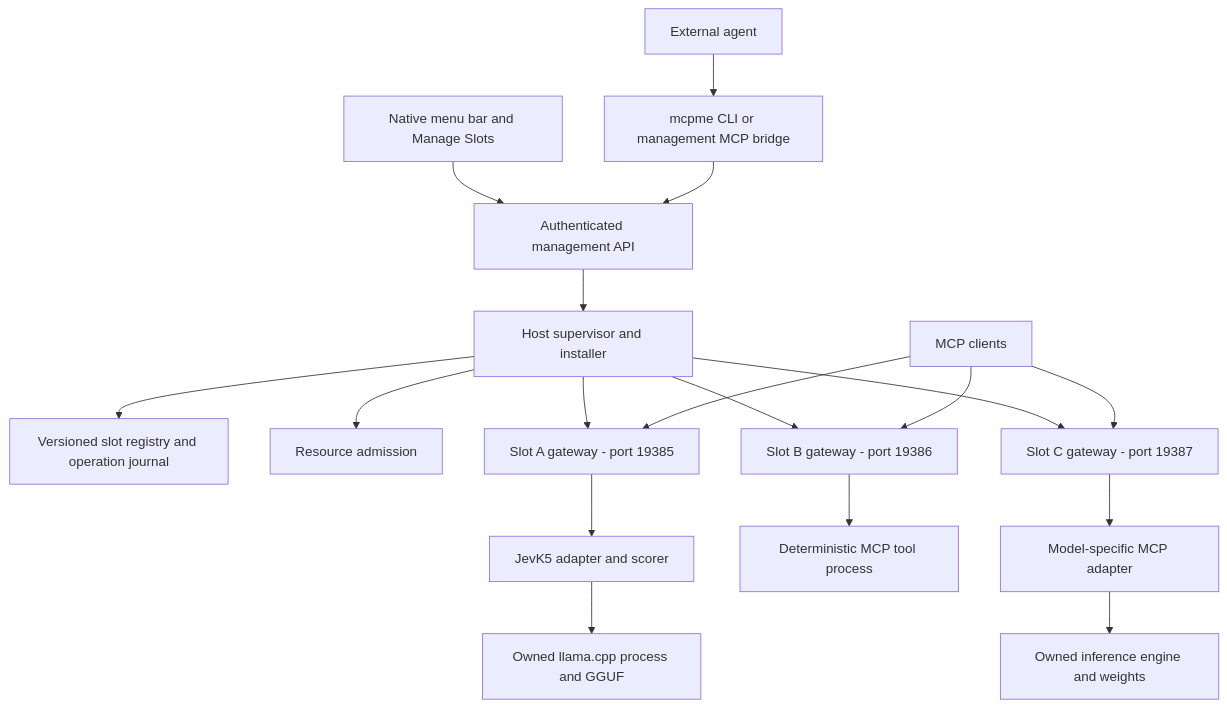
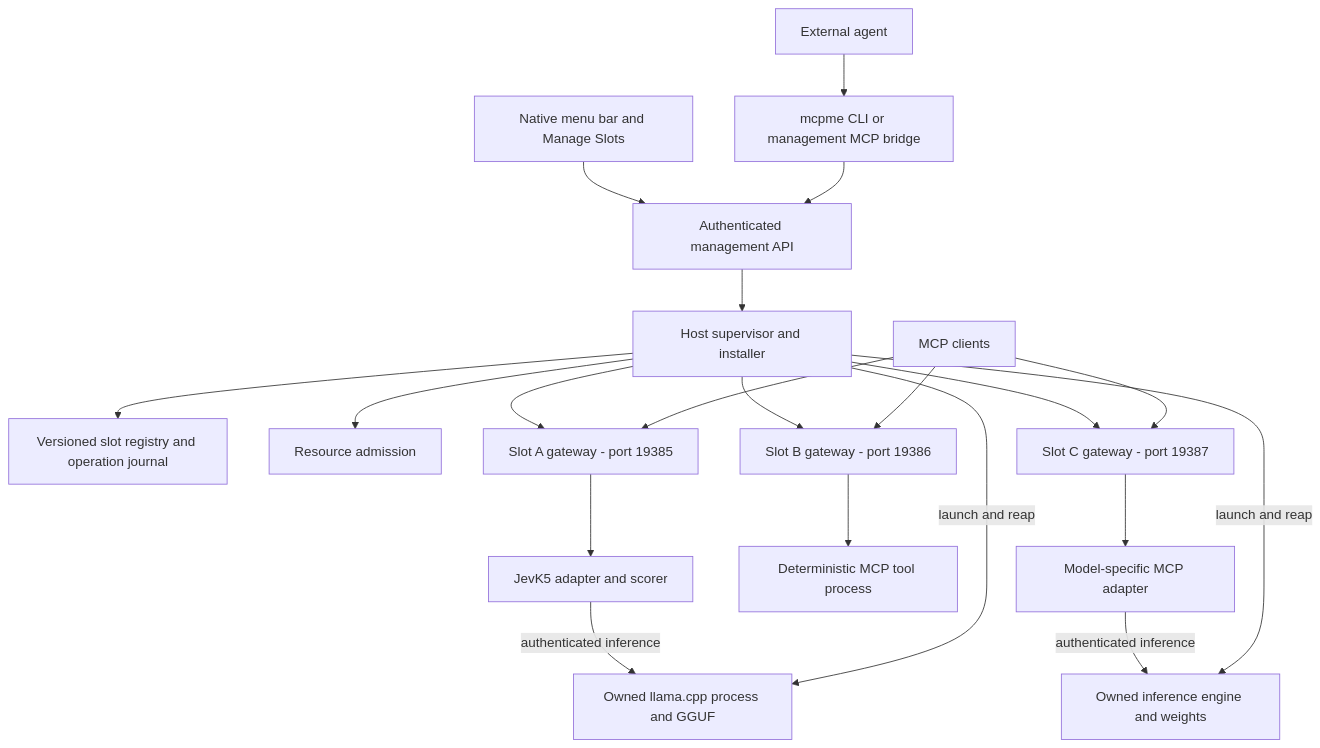
One commit to jshahbazi/meecp changed the first of 2 diagrams in docs/MCPME_DESIGN.md. Above: the diagram before and after it, drawn with Mermaid. The commit also changed other lines of this file, not shown here.

````diff
--- a/docs/MCPME_DESIGN.md
+++ b/docs/MCPME_DESIGN.md
@@ -53,20 +53,22 @@
 ```mermaid
 flowchart TB
     UI[Native menu bar and Manage Slots] --> Control[Authenticated management API]
     Agent[External agent] --> CLI[mcpme CLI or management MCP bridge]
     CLI --> Control
     Control --> Supervisor[Host supervisor and installer]
     Supervisor --> Registry[Versioned slot registry and operation journal]
     Supervisor --> Budget[Resource admission]
     Supervisor --> G1[Slot A gateway - port 19385]
     Supervisor --> G2[Slot B gateway - port 19386]
     Supervisor --> G3[Slot C gateway - port 19387]
     Clients[MCP clients] --> G1
     Clients --> G2
     Clients --> G3
     G1 --> Jev[JevK5 adapter and scorer]
-    Jev --> Llama[Owned llama.cpp process and GGUF]
+    Jev -->|authenticated inference| Llama[Owned llama.cpp process and GGUF]
+    Supervisor -->|launch and reap| Llama
     G2 --> Code[Deterministic MCP tool process]
     G3 --> Adapter[Model-specific MCP adapter]
-    Adapter --> Engine[Owned inference engine and weights]
+    Adapter -->|authenticated inference| Engine[Owned inference engine and weights]
+    Supervisor -->|launch and reap| Engine
 ```
````
